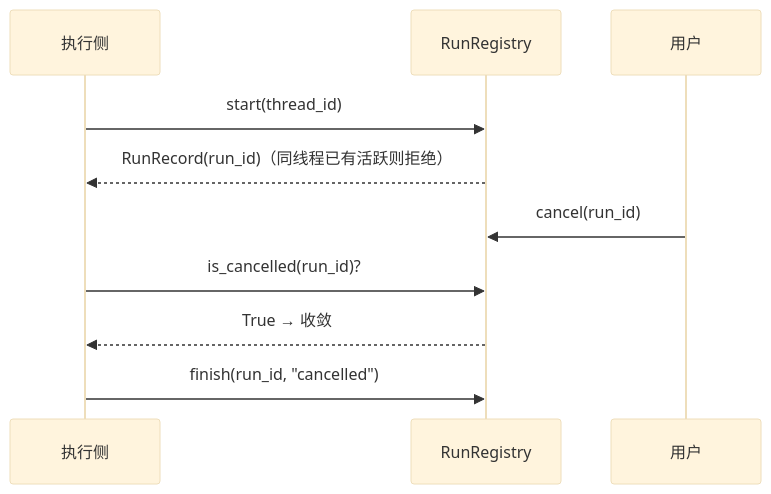
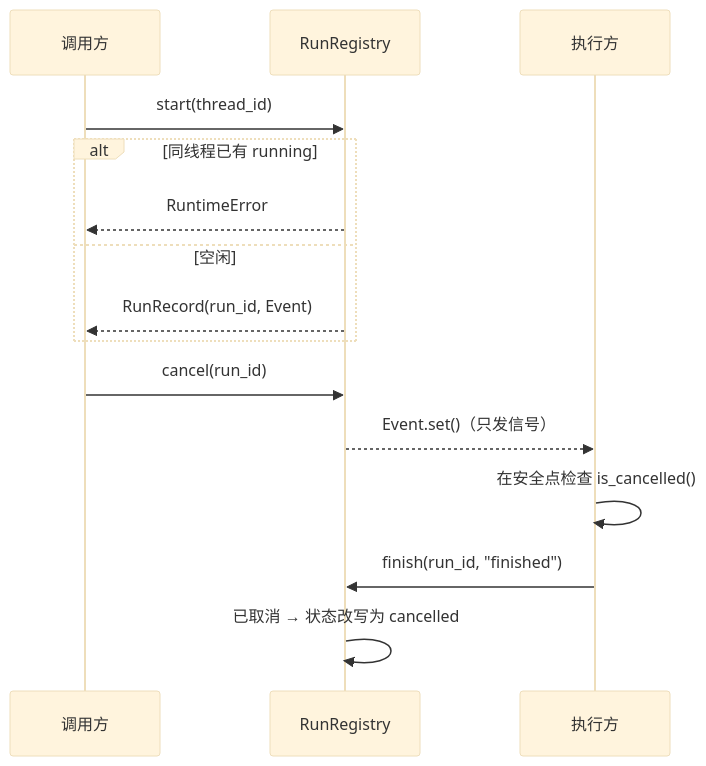
One commit to G0-000/agent-book changed the diagram in work-agent-harness/doc/evoflow-学习规划/02-持久化与运行生命周期/02-运行生命周期与取消.md. Above: the diagram before and after it, drawn with Mermaid (base theme). The commit also changed other lines of this file and 4 other files, not shown here.

````diff
--- a/work-agent-harness/doc/evoflow-学习规划/02-持久化与运行生命周期/02-运行生命周期与取消.md
+++ b/work-agent-harness/doc/evoflow-学习规划/02-持久化与运行生命周期/02-运行生命周期与取消.md
@@ -47,12 +45,17 @@
 ```mermaid
 sequenceDiagram
-    participant W as 执行侧
-    participant G as RunRegistry
-    participant U as 用户
-    W->>G: start(thread_id)
-    G-->>W: RunRecord(run_id)（同线程已有活跃则拒绝）
-    U->>G: cancel(run_id)
-    W->>G: is_cancelled(run_id)?
-    G-->>W: True → 收敛
-    W->>G: finish(run_id, "cancelled")
+    participant API as 调用方
+    participant R as RunRegistry
+    participant Run as 执行方
+    API->>R: start(thread_id)
+    alt 同线程已有 running
+        R-->>API: RuntimeError
+    else 空闲
+        R-->>API: RunRecord(run_id, Event)
+    end
+    API->>R: cancel(run_id)
+    R-->>Run: Event.set()（只发信号）
+    Run->>Run: 在安全点检查 is_cancelled()
+    Run->>R: finish(run_id, "finished")
+    R->>R: 已取消 → 状态改写为 cancelled
 ```
````
